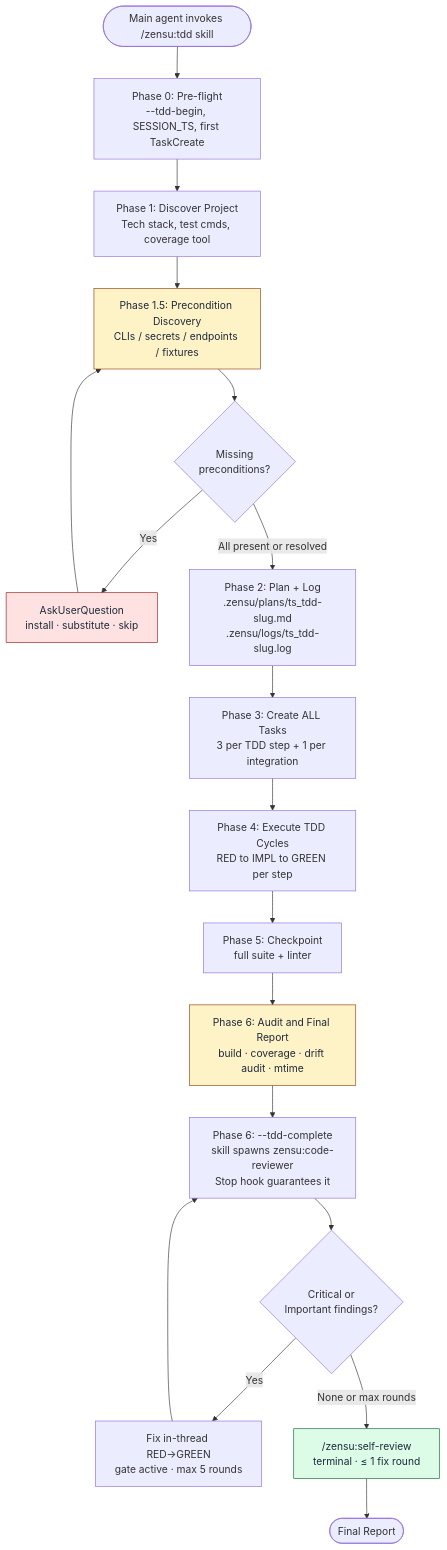
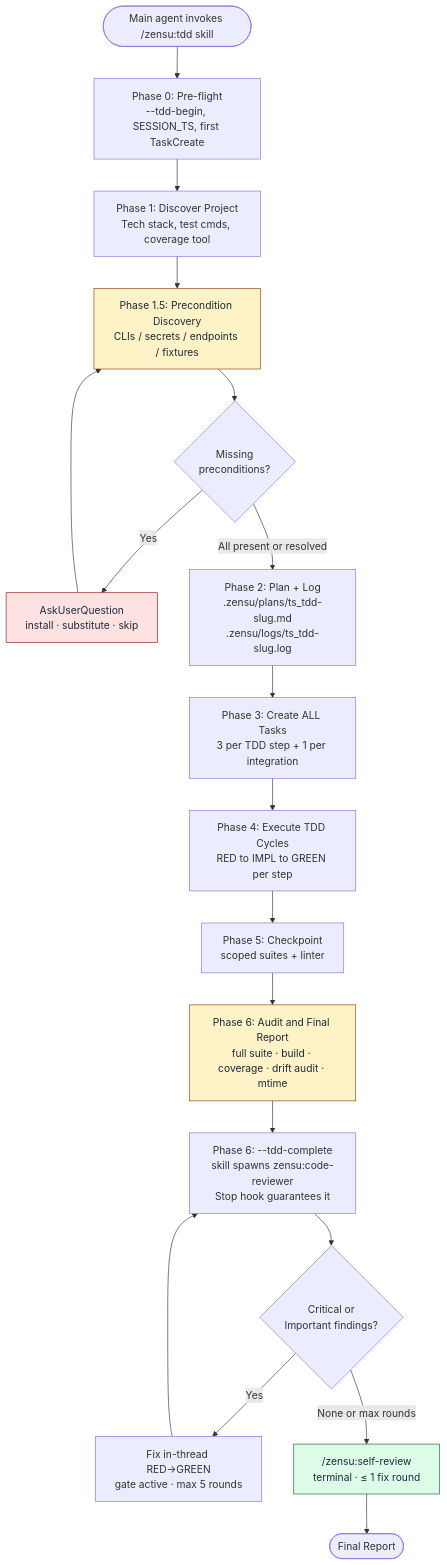
Before and after one commit to MKITConsulting/zensu-claude-code: the first of 4 diagrams in docs/tdd-manager-workflow.md, drawn with Mermaid. The commit also changed other lines of this file and 10 other files, not shown here.

````diff
--- a/docs/tdd-manager-workflow.md
+++ b/docs/tdd-manager-workflow.md
@@ -72,25 +72,25 @@
 ```mermaid
 flowchart TD
     Start([Main agent invokes /zensu:tdd skill]) --> P0[Phase 0: Pre-flight<br/>--tdd-begin, SESSION_TS, first TaskCreate]
     P0 --> P1[Phase 1: Discover Project<br/>Tech stack, test cmds, coverage tool]
     P1 --> P15[Phase 1.5: Precondition Discovery<br/>CLIs / secrets / endpoints / fixtures]
     P15 --> Q{Missing<br/>preconditions?}
     Q -->|Yes| Ask[AskUserQuestion<br/>install · substitute · skip]
     Ask --> P15
     Q -->|All present or resolved| P2[Phase 2: Plan + Log<br/>.zensu/plans/ts_tdd-slug.md<br/>.zensu/logs/ts_tdd-slug.log]
     P2 --> P3[Phase 3: Create ALL Tasks<br/>3 per TDD step + 1 per integration]
     P3 --> P4[Phase 4: Execute TDD Cycles<br/>RED to IMPL to GREEN per step]
-    P4 --> P5[Phase 5: Checkpoint<br/>full suite + linter]
-    P5 --> P6[Phase 6: Audit and Final Report<br/>build · coverage · drift audit · mtime]
+    P4 --> P5[Phase 5: Checkpoint<br/>scoped suites + linter]
+    P5 --> P6[Phase 6: Audit and Final Report<br/>full suite · build · coverage · drift audit · mtime]
     P6 --> Review[Phase 6: --tdd-complete<br/>skill spawns zensu:code-reviewer<br/>Stop hook guarantees it]
     Review --> Findings{Critical or<br/>Important findings?}
     Findings -->|Yes| AutoFix[Fix in-thread RED→GREEN<br/>gate active · max 5 rounds]
     AutoFix --> Review
     Findings -->|None or max rounds| SelfRev["/zensu:self-review<br/>terminal · ≤ 1 fix round"]
     SelfRev --> Done([Final Report])
 
     style P15 fill:#fef3c7,stroke:#92400e,color:#1e293b
     style P6 fill:#fef3c7,stroke:#92400e,color:#1e293b
     style Ask fill:#fee2e2,stroke:#991b1b,color:#1e293b
     style SelfRev fill:#dcfce7,stroke:#166534,color:#1e293b
 ```
````
